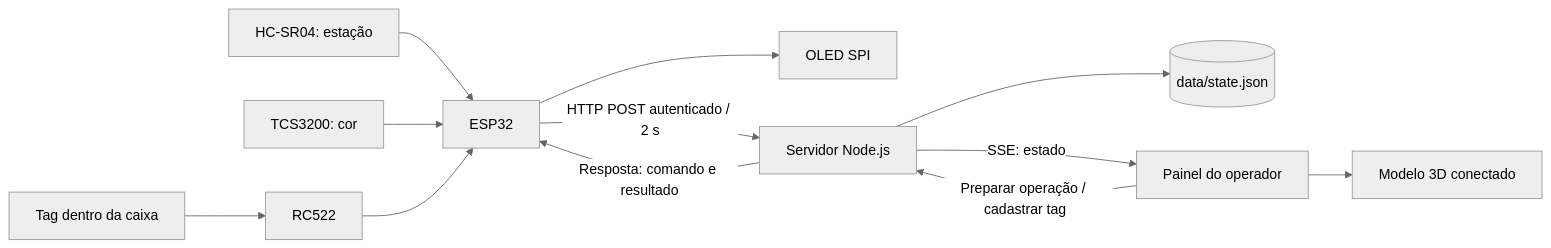
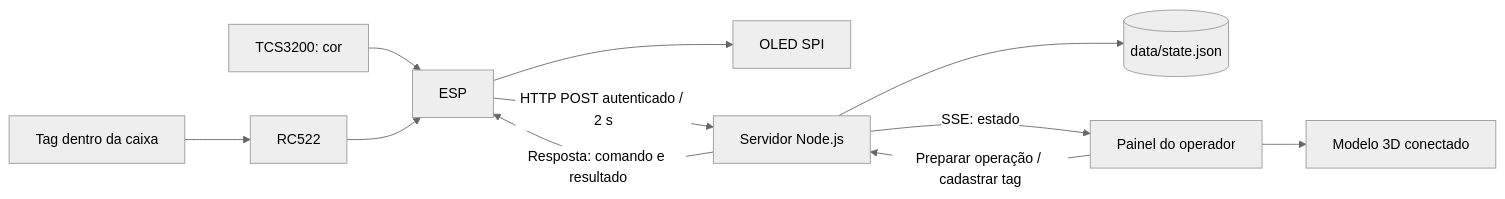
The diagram in docs/ARQUITETURA-API.md (DanielDalPra/Mundo-Senai-IOT), drawn with Mermaid (neutral theme) before and after one commit. The commit also changed other lines of this file and 55 other files, not shown here.

````diff
--- a/docs/ARQUITETURA-API.md
+++ b/docs/ARQUITETURA-API.md
@@ -3,14 +3,13 @@
 ```mermaid
 flowchart LR
   TAG[Tag dentro da caixa] --> RFID[RC522]
-  US[HC-SR04: estação] --> ESP[ESP32]
   COR[TCS3200: cor] --> ESP
   RFID --> ESP
   ESP --> OLED[OLED SPI]
   ESP -->|HTTP POST autenticado / 2 s| API[Servidor Node.js]
   API -->|Resposta: comando e resultado| ESP
   API --> JSON[(data/state.json)]
   WEB[Painel do operador] -->|Preparar operação / cadastrar tag| API
   API -->|SSE: estado| WEB
   WEB --> MODEL[Modelo 3D conectado]
 ```
````
